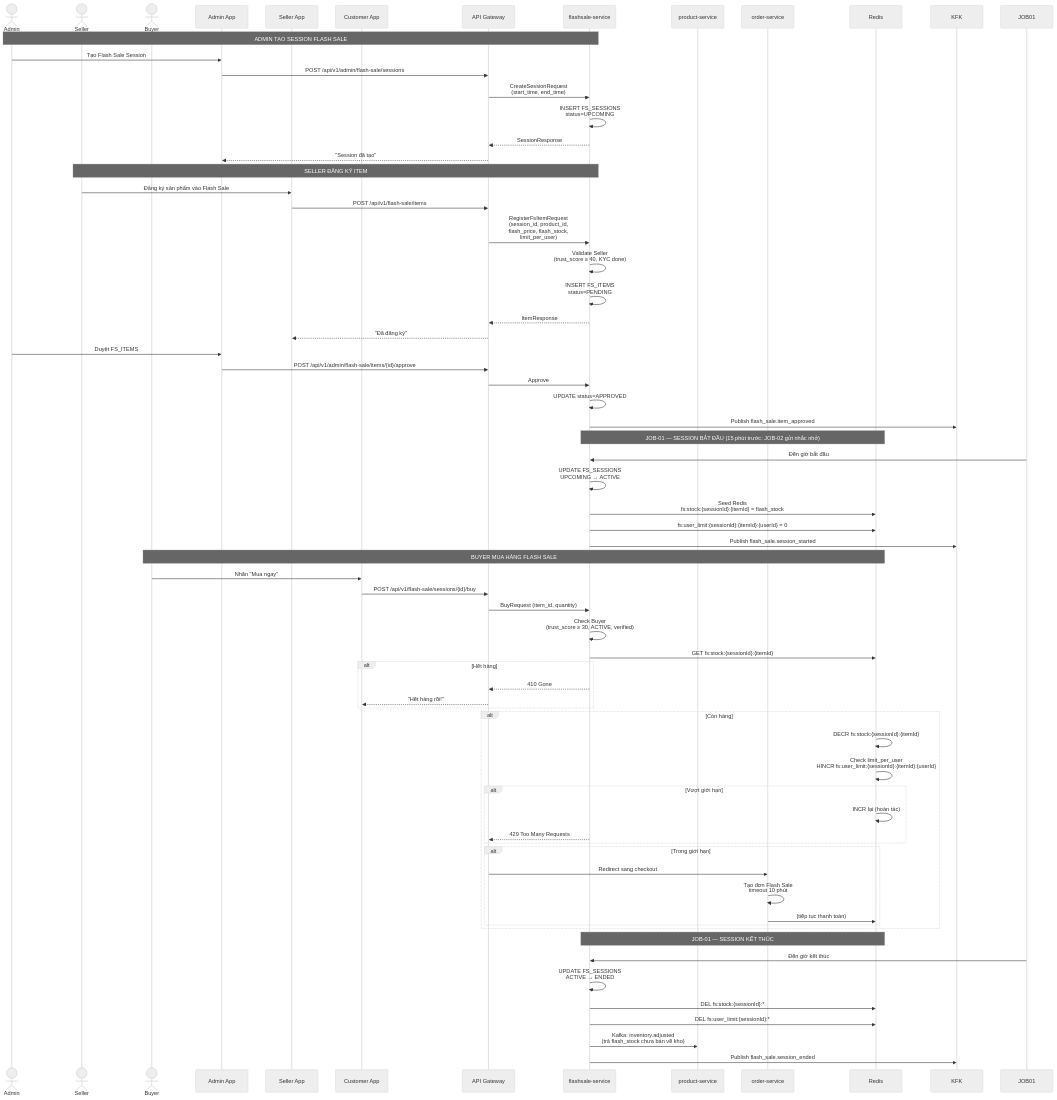
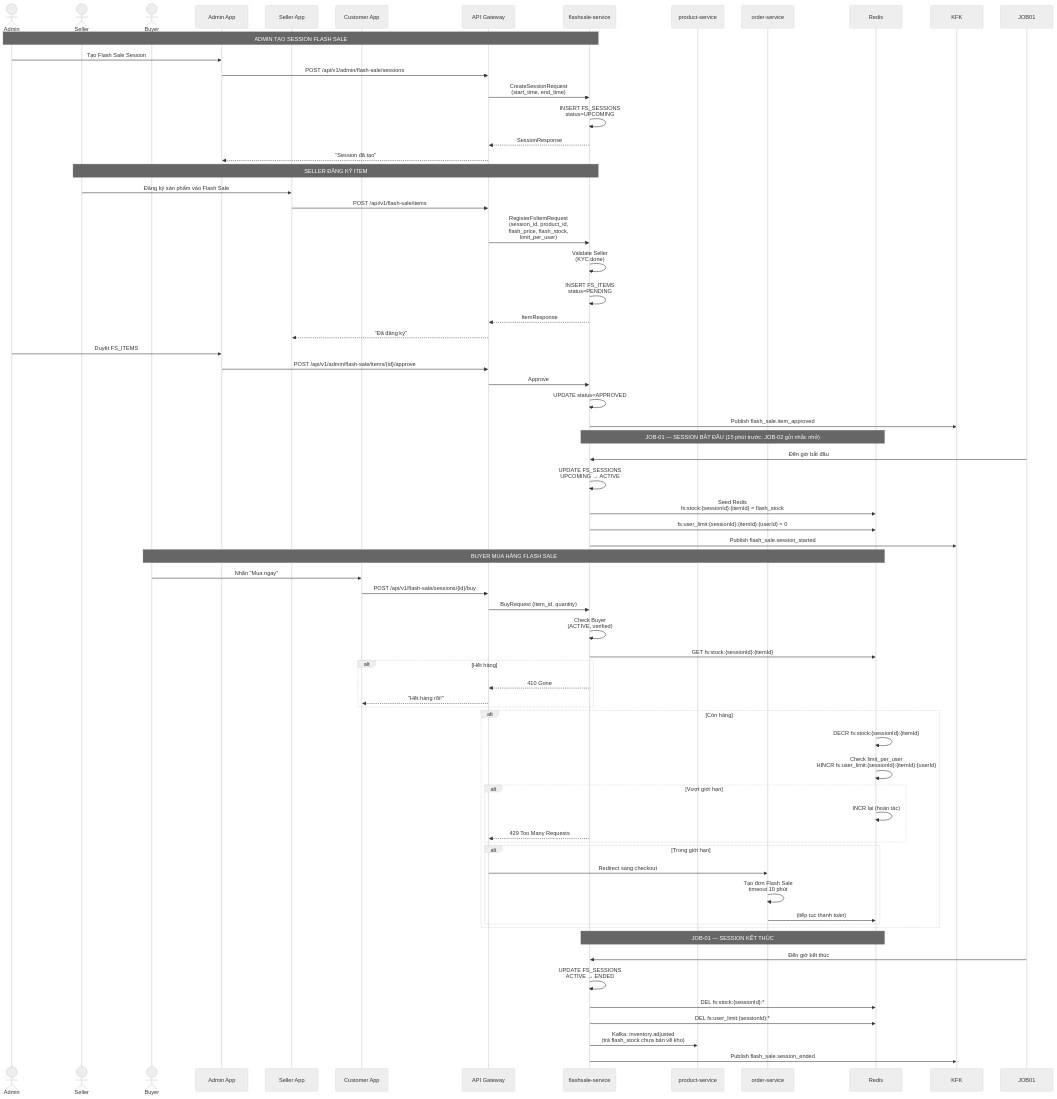
Diagram 16 of 18 in docs/07_BUSINESS_FLOWS.md (ldqanh1408/stealing-from-paradise), drawn with Mermaid (neutral theme) before and after one commit. The commit also changed other lines of this file and 52 other files, not shown here.

Commit message:
refactor: remove Trust Score related entities and references from codebase

````diff
--- a/docs/07_BUSINESS_FLOWS.md
+++ b/docs/07_BUSINESS_FLOWS.md
@@ -608,76 +591,76 @@
 ```mermaid
 sequenceDiagram
     actor Admin
     actor Seller
     actor Buyer
     participant FE_A as Admin App
     participant FE_S as Seller App
     participant FE_C as Customer App
     participant GW as API Gateway
     participant FS as flashsale-service
     participant PRD as product-service
     participant ORD as order-service
     participant RED as Redis
 
     Note over Admin,FS: ADMIN TẠO SESSION FLASH SALE
     Admin->>FE_A: Tạo Flash Sale Session
     FE_A->>GW: POST /api/v1/admin/flash-sale/sessions
     GW->>FS: CreateSessionRequest<br>(start_time, end_time)
     FS->>FS: INSERT FS_SESSIONS<br>status=UPCOMING
     FS-->>GW: SessionResponse
     GW-->>FE_A: "Session đã tạo"
 
     Note over Seller,FS: SELLER ĐĂNG KÝ ITEM
     Seller->>FE_S: Đăng ký sản phẩm vào Flash Sale
     FE_S->>GW: POST /api/v1/flash-sale/items
     GW->>FS: RegisterFsItemRequest<br>(session_id, product_id,<br>flash_price, flash_stock,<br>limit_per_user)
-    FS->>FS: Validate Seller<br>(trust_score ≥ 40, KYC done)
+    FS->>FS: Validate Seller<br>(KYC done)
     FS->>FS: INSERT FS_ITEMS<br>status=PENDING
     FS-->>GW: ItemResponse
     GW-->>FE_S: "Đã đăng ký"
 
     Admin->>FE_A: Duyệt FS_ITEMS
     FE_A->>GW: POST /api/v1/admin/flash-sale/items/{id}/approve
     GW->>FS: Approve
     FS->>FS: UPDATE status=APPROVED
     FS->>KFK: Publish flash_sale.item_approved
 
     Note over FS,RED: JOB-01 — SESSION BẮT ĐẦU (15 phút trước: JOB-02 gửi nhắc nhở)
     JOB01->>FS: Đến giờ bắt đầu
     FS->>FS: UPDATE FS_SESSIONS<br>UPCOMING → ACTIVE
     FS->>RED: Seed Redis<br>fs:stock:{sessionId}:{itemId} = flash_stock
     FS->>RED: fs:user_limit:{sessionId}:{itemId}:{userId} = 0
     FS->>KFK: Publish flash_sale.session_started
 
     Note over Buyer,RED: BUYER MUA HÀNG FLASH SALE
     Buyer->>FE_C: Nhấn "Mua ngay"
     FE_C->>GW: POST /api/v1/flash-sale/sessions/{id}/buy
     GW->>FS: BuyRequest (item_id, quantity)
-    FS->>FS: Check Buyer<br>(trust_score ≥ 30, ACTIVE, verified)
+    FS->>FS: Check Buyer<br>(ACTIVE, verified)
     FS->>RED: GET fs:stock:{sessionId}:{itemId}
     alt Hết hàng
         FS-->>GW: 410 Gone
         GW-->>FE_C: "Hết hàng rồi!"
     end
     alt Còn hàng
         RED->>RED: DECR fs:stock:{sessionId}:{itemId}
         RED->>RED: Check limit_per_user<br>HINCR fs:user_limit:{sessionId}:{itemId}:{userId}
         alt Vượt giới hạn
             RED->>RED: INCR lại (hoàn tác)
             FS-->>GW: 429 Too Many Requests
         end
         alt Trong giới hạn
             GW->>ORD: Redirect sang checkout
             ORD->>ORD: Tạo đơn Flash Sale<br>timeout 10 phút
             ORD->>RED: (tiếp tục thanh toán)
         end
     end
 
     Note over FS,RED: JOB-01 — SESSION KẾT THÚC
     JOB01->>FS: Đến giờ kết thúc
     FS->>FS: UPDATE FS_SESSIONS<br>ACTIVE → ENDED
     FS->>RED: DEL fs:stock:{sessionId}:*
     FS->>RED: DEL fs:user_limit:{sessionId}:*
     FS->>PRD: Kafka: inventory.adjusted<br>(trả flash_stock chưa bán về kho)
     FS->>KFK: Publish flash_sale.session_ended
 ```
````
